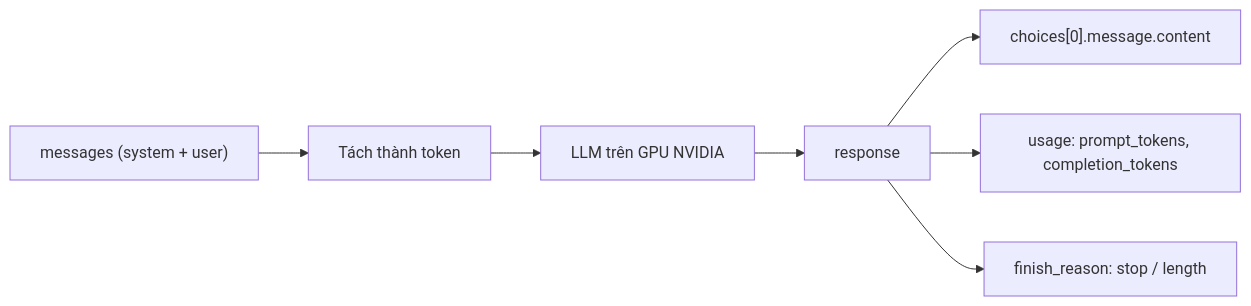
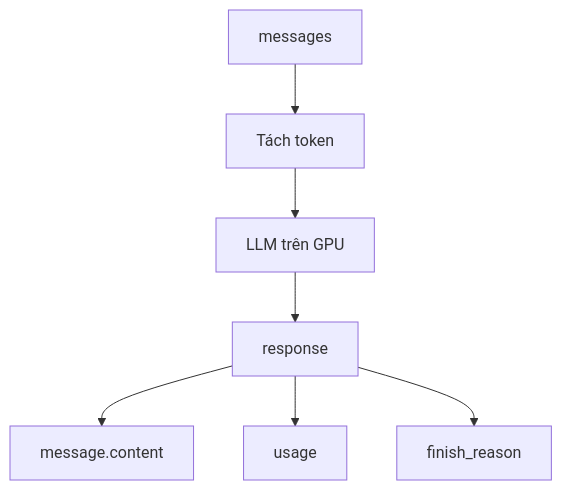
The second of 2 diagrams in academy/curriculum/L03-goi-llm-dau-tien/lesson.md (ht-nah98/ai-academy), drawn with Mermaid before and after one commit. The commit also changed other lines of this file and 54 other files, not shown here.

````diff
--- a/academy/curriculum/L03-goi-llm-dau-tien/lesson.md
+++ b/academy/curriculum/L03-goi-llm-dau-tien/lesson.md
@@ -87,9 +87,9 @@
 ```mermaid
-flowchart LR
-    M["messages (system + user)"] --> T["Tách thành token"]
-    T --> L["LLM trên GPU NVIDIA"]
+flowchart TD
+    M["messages"] --> T["Tách token"]
+    T --> L["LLM trên GPU"]
     L --> R["response"]
-    R --> C["choices[0].message.content"]
-    R --> U["usage: prompt_tokens, completion_tokens"]
-    R --> F["finish_reason: stop / length"]
+    R --> C["message.content"]
+    R --> U["usage"]
+    R --> F["finish_reason"]
 ```
````
